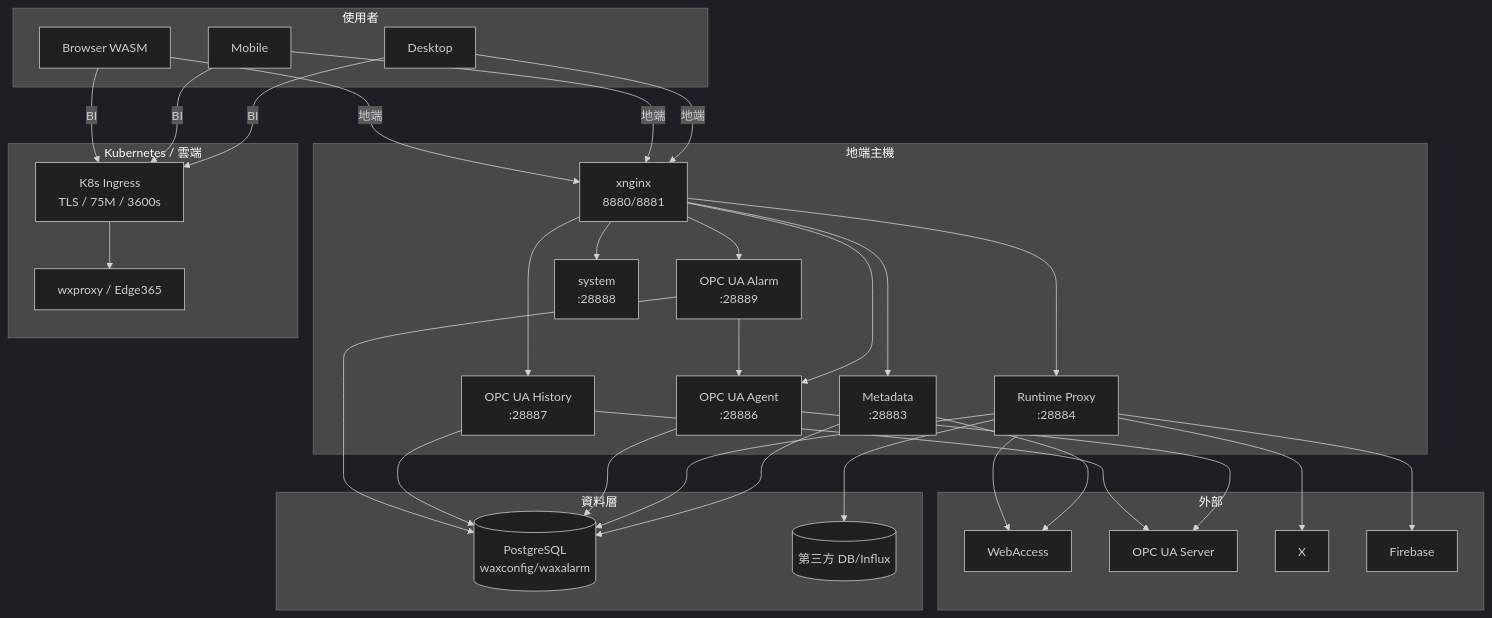
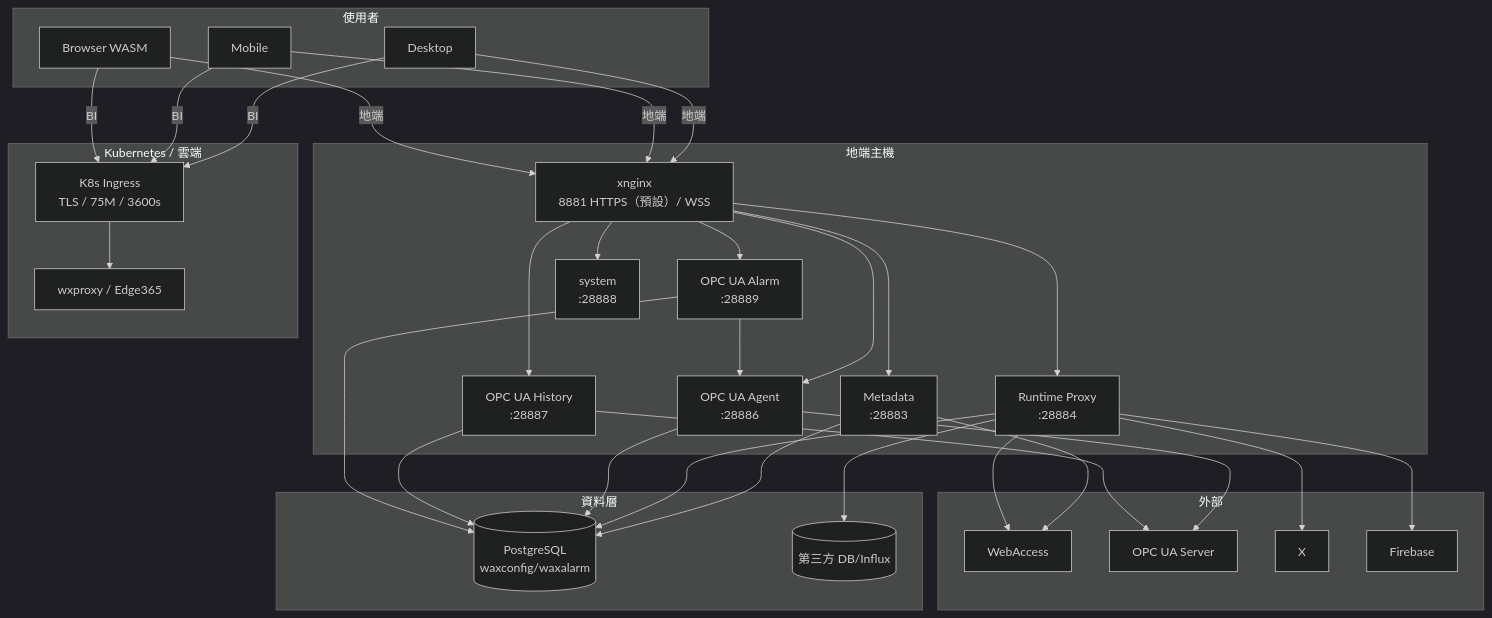
The first of 2 diagrams in SDS/10_Deployment_and_Operations.md (PochengChen-del/EdgeViewDoc), drawn with Mermaid (dark theme) before and after one commit. The commit also changed other lines of this file and 9 other files, not shown here.

````diff
--- a/SDS/10_Deployment_and_Operations.md
+++ b/SDS/10_Deployment_and_Operations.md
@@ -20,57 +20,57 @@
 ```mermaid
 flowchart TB
     subgraph Client["使用者"]
         D[Desktop]
         M[Mobile]
         W[Browser WASM]
     end
     subgraph Local["地端主機"]
-        NG[xnginx<br/>8880/8881]
+        NG[xnginx<br/>8881 HTTPS（預設）/ WSS]
         MD[Metadata<br/>:28883]
         PD[Runtime Proxy<br/>:28884]
         AD[OPC UA Agent<br/>:28886]
         HD[OPC UA History<br/>:28887]
         LD[OPC UA Alarm<br/>:28889]
         SYS[system<br/>:28888]
     end
     subgraph K8s["Kubernetes / 雲端"]
         ING[K8s Ingress<br/>TLS / 75M / 3600s]
         EH[wxproxy / Edge365]
     end
     subgraph Data["資料層"]
         PG[(PostgreSQL<br/>waxconfig/waxalarm)]
         EXT[(第三方 DB/Influx)]
     end
     subgraph Ext["外部"]
         WA[WebAccess]
         OPC[OPC UA Server]
         X[X]
         FCM[Firebase]
     end
     D -->|地端| NG
     M -->|地端| NG
     W -->|地端| NG
     D -->|BI| ING
     M -->|BI| ING
     W -->|BI| ING
     ING --> EH
     NG --> MD
     NG --> PD
     NG --> AD
     NG --> HD
     NG --> LD
     NG --> SYS
     MD --> PG
     PD --> PG
     AD --> PG
     HD --> PG
     LD --> PG
     PD --> EXT
     MD --> WA
     PD --> WA
     PD --> X
     PD --> FCM
     AD --> OPC
     HD --> OPC
     LD --> AD
 ```
````
